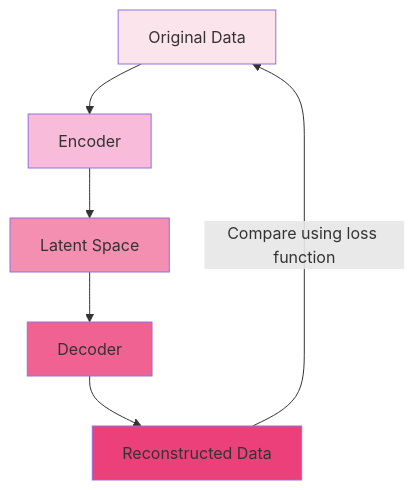
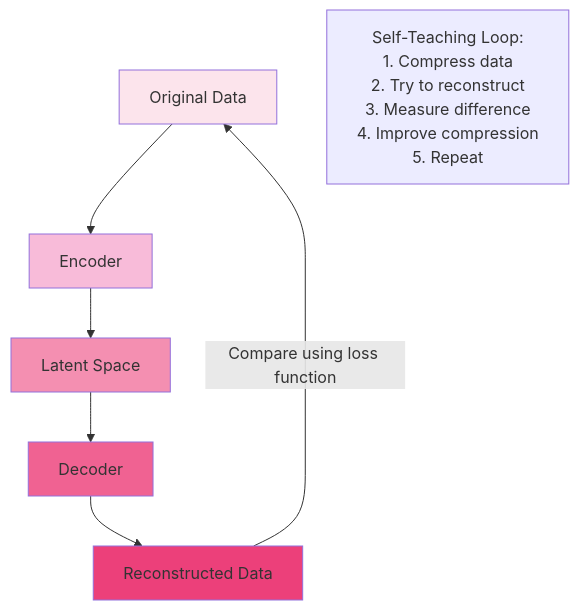
The fifth of 9 diagrams in C_4.md (Chaklader/landmark-classification-cnn), drawn with Mermaid before and after one commit. The commit also changed other lines of this file, not shown here.

````diff
--- a/C_4.md
+++ b/C_4.md
@@ -367,13 +1023,16 @@
 ```mermaid
 graph TD
     A[Original Data] --> B[Encoder]
     B --> C[Latent Space]
     C --> D[Decoder]
     D --> E[Reconstructed Data]
     E -- "Compare using loss function" --> A
+
+    F["Self-Teaching Loop:<br/>1. Compress data<br/>2. Try to reconstruct<br/>3. Measure difference<br/>4. Improve compression<br/>5. Repeat"]
+
     style A fill:#FCE4EC
     style B fill:#F8BBD9
     style C fill:#F48FB1
     style D fill:#F06292
     style E fill:#EC407A
 ```
````
